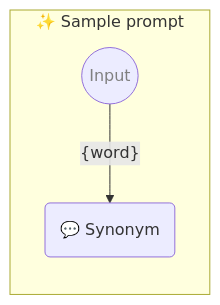
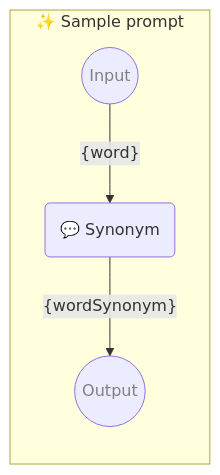
Before and after one commit to webgptorg/promptbook: the diagram in samples/templates/10-single.ptbk.md, drawn with Mermaid. The commit also changed other lines of this file and 43 other files, not shown here.

````diff
--- a/samples/templates/10-single.ptbk.md
+++ b/samples/templates/10-single.ptbk.md
@@ -14,16 +15,20 @@
 ```mermaid
 %% 🔮 Tip: Open this on GitHub or in the VSCode website to see the Mermaid graph visually
 
 flowchart LR
   subgraph "✨ Sample prompt"
 
       direction TB
 
       input((Input)):::input
       templateSynonym(💬 Synonym)
       input--"{word}"-->templateSynonym
 
+      templateSynonym--"{wordSynonym}"-->output
+      output((Output)):::output
+
       classDef input color: grey;
+      classDef output color: grey;
 
   end;
 ```
````
